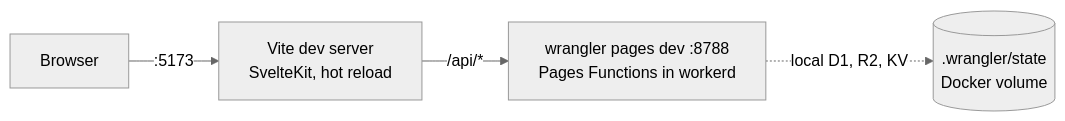
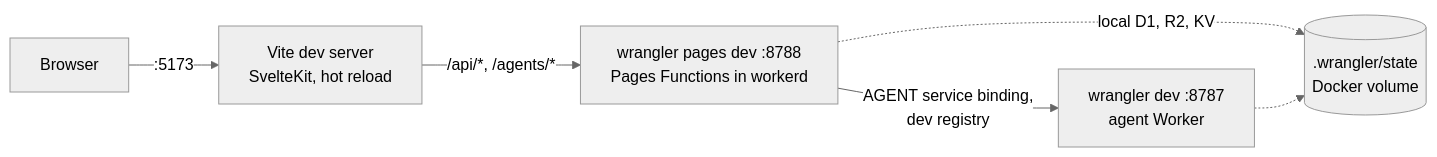
One commit to randika-srimal/cloudie changed the diagram in docs/guide/local-development.md. Above: the diagram before and after it, drawn with Mermaid (neutral theme). The commit also changed other lines of this file and 19 other files, not shown here.

First line of the commit message:
feat(api): guarded WebSocket proxy to the agent worker

````diff
--- a/docs/guide/local-development.md
+++ b/docs/guide/local-development.md
@@ -21,6 +21,8 @@
 ```mermaid
 flowchart LR
   B[Browser] -->|:5173| V[Vite dev server<br/>SvelteKit, hot reload]
-  V -->|/api/*| W[wrangler pages dev :8788<br/>Pages Functions in workerd]
+  V -->|/api/*, /agents/*| W[wrangler pages dev :8788<br/>Pages Functions in workerd]
+  W -->|AGENT service binding,<br/>dev registry| A[wrangler dev :8787<br/>agent Worker]
   W -.->|local D1, R2, KV| S[(.wrangler/state<br/>Docker volume)]
+  A -.-> S
 ```
````
